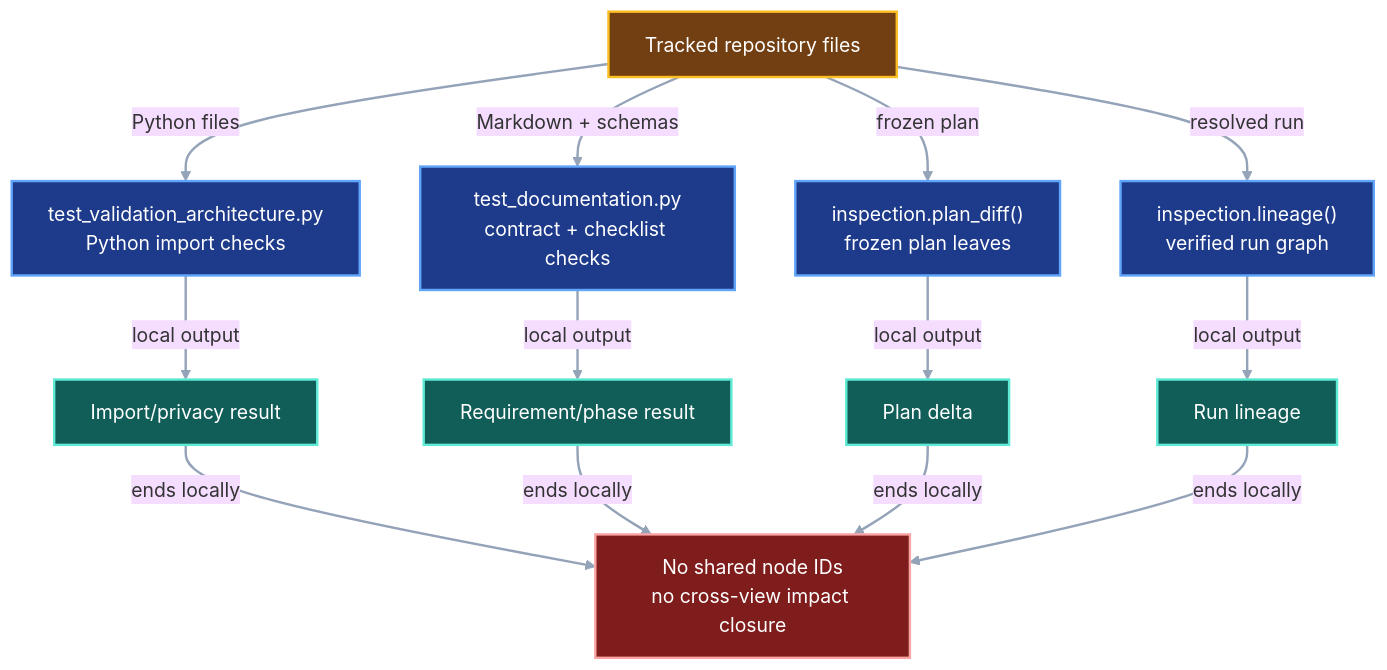
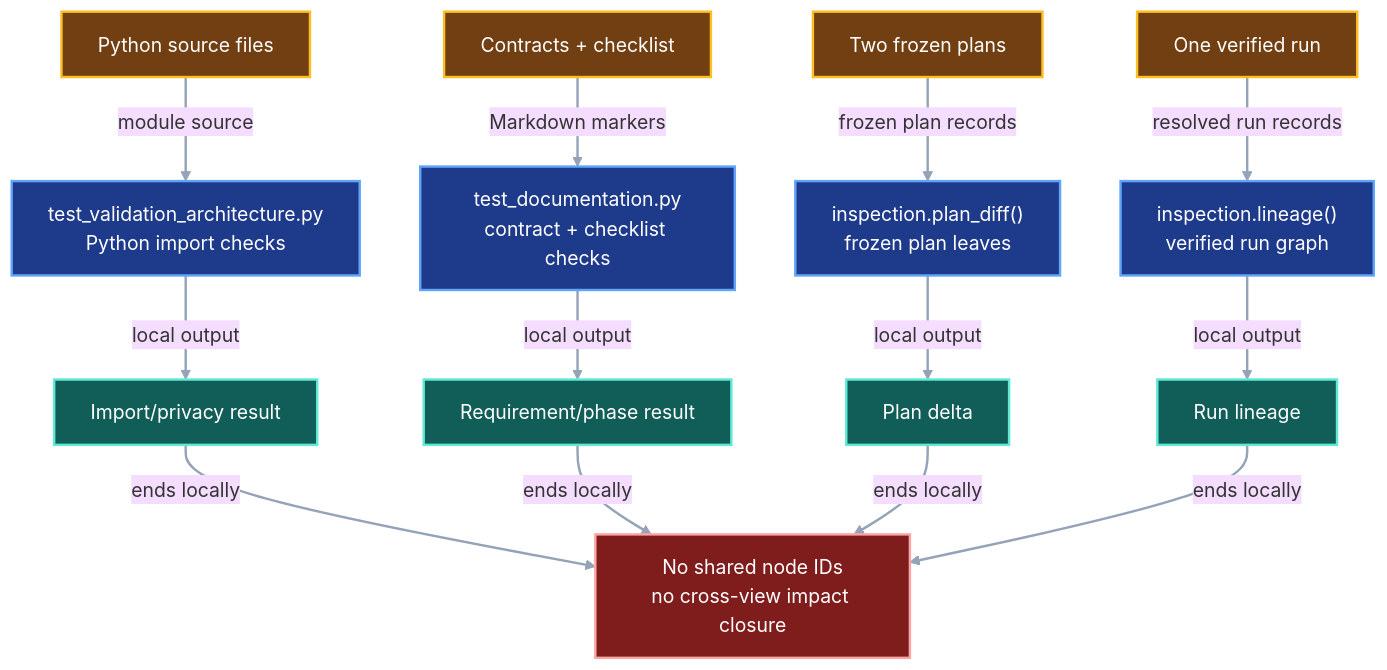
Before and after one commit to pvd232/viper: the first of 3 diagrams in docs/development/system-impact-graph.md, drawn with Mermaid (base theme). The commit also changed other lines of this file and 2 other files, not shown here.

Commit message:
docs: make system impact diagrams deterministic

````diff
--- a/docs/development/system-impact-graph.md
+++ b/docs/development/system-impact-graph.md
@@ -88,36 +105,39 @@
 ```mermaid
 flowchart TD
-    Source["Tracked repository files"]
+    Python["Python source files"]
+    Contracts["Contracts + checklist"]
+    Plans["Two frozen plans"]
+    Runs["One verified run"]
     Architecture["test_validation_architecture.py<br/>Python import checks"]
     Documentation["test_documentation.py<br/>contract + checklist checks"]
     PlanDiff["inspection.plan_diff()<br/>frozen plan leaves"]
     Lineage["inspection.lineage()<br/>verified run graph"]
     LocalA["Import/privacy result"]
     LocalB["Requirement/phase result"]
     LocalC["Plan delta"]
     LocalD["Run lineage"]
     Gap["No shared node IDs<br/>no cross-view impact closure"]
 
-    Source -->|"Python files"| Architecture
-    Source -->|"Markdown + schemas"| Documentation
-    Source -->|"frozen plan"| PlanDiff
-    Source -->|"resolved run"| Lineage
+    Python -->|"module source"| Architecture
+    Contracts -->|"Markdown markers"| Documentation
+    Plans -->|"frozen plan records"| PlanDiff
+    Runs -->|"resolved run records"| Lineage
     Architecture -->|"local output"| LocalA
     Documentation -->|"local output"| LocalB
     PlanDiff -->|"local output"| LocalC
     Lineage -->|"local output"| LocalD
     LocalA -->|"ends locally"| Gap
     LocalB -->|"ends locally"| Gap
     LocalC -->|"ends locally"| Gap
     LocalD -->|"ends locally"| Gap
 
-    class Source input
+    class Python,Contracts,Plans,Runs input
     class Architecture,Documentation,PlanDiff,Lineage current
     class LocalA,LocalB,LocalC,LocalD evidence
     class Gap gap
     classDef input fill:#713f12,stroke:#fbbf24,color:#ffffff,stroke-width:2px
     classDef current fill:#1e3a8a,stroke:#60a5fa,color:#ffffff,stroke-width:2px
     classDef evidence fill:#115e59,stroke:#5eead4,color:#ffffff,stroke-width:2px
     classDef gap fill:#7f1d1d,stroke:#fca5a5,color:#ffffff,stroke-width:2px
     linkStyle default stroke:#94a3b8,stroke-width:2px
 ```
````
